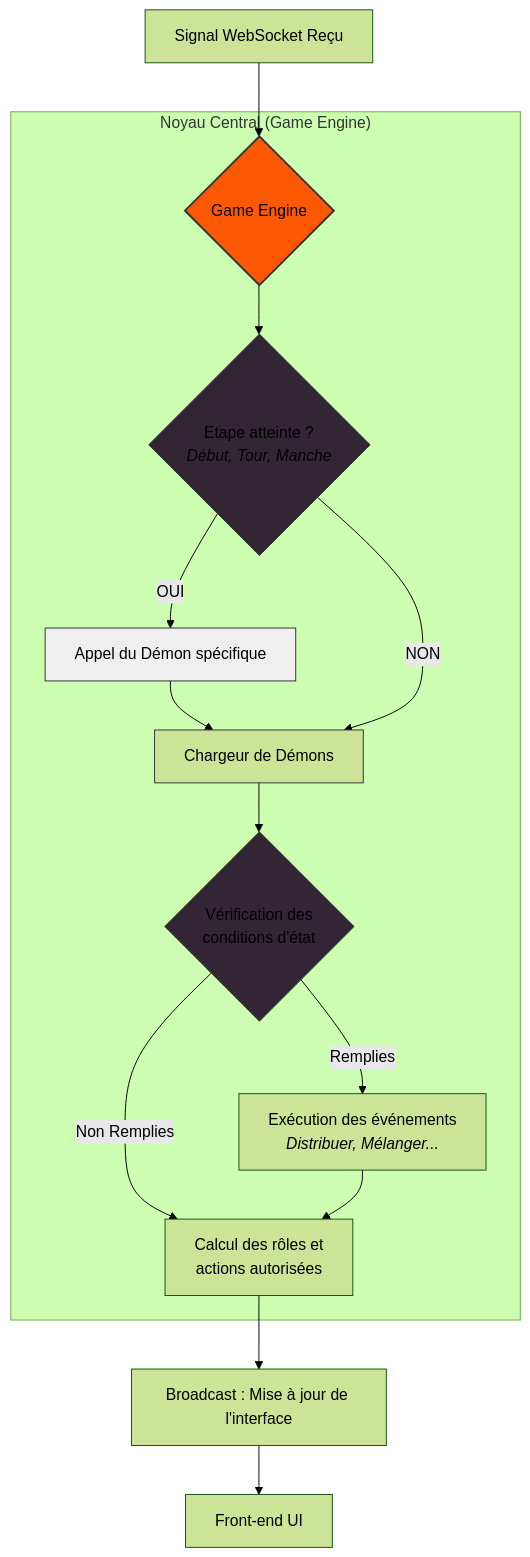
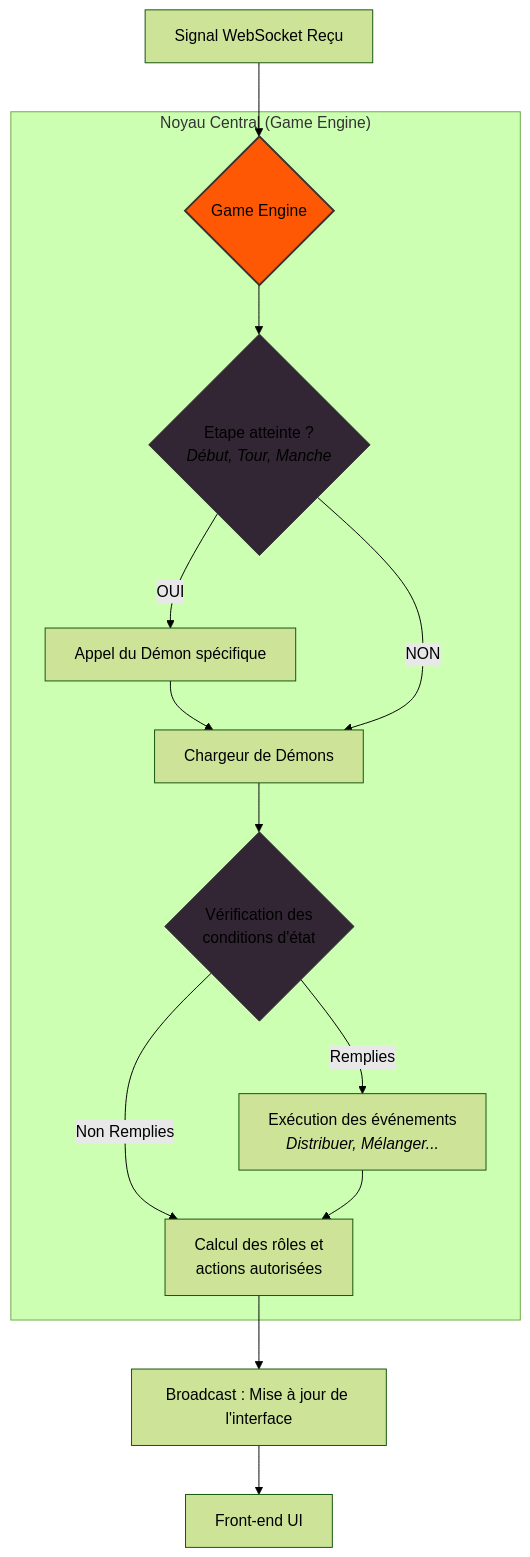
One commit to MeyDetour/CARDGames-websocket changed the second of 2 diagrams in README.md. Above: the diagram before and after it, drawn with Mermaid (forest theme).

Commit message:
Refactor diagram styles in README.md for improved clarity and consistency

````diff
--- a/README.md
+++ b/README.md
@@ -104,34 +104,32 @@
 ```mermaid
 graph TD
     %% Entrée
     WS[Signal WebSocket Reçu] --> GE{Game Engine}
 
     subgraph "Noyau Central (Game Engine)"
         GE --> StepCheck{Etape atteinte ? <br/><i>Début, Tour, Manche</i>}
         
         %% Branche Étapes Spécifiques
         StepCheck -- OUI --> DemonSpecific[Appel du Démon spécifique]
         
         %% Convergence vers le Chargeur
         DemonSpecific --> DemonLoader
         StepCheck -- NON --> DemonLoader[Chargeur de Démons]
         
         %% Logique des Démons d'état
         DemonLoader --> CheckCond{Vérification des <br/>conditions d'état}
         CheckCond -- Remplies --> ExecuteDemon[Exécution des événements <br/><i>Distribuer, Mélanger...</i>]
         CheckCond -- Non Remplies --> PlayerLogic
         
         ExecuteDemon --> PlayerLogic[Calcul des rôles et <br/>actions autorisées]
     end
 
     %% Sortie
     PlayerLogic --> Broadcast[Broadcast : Mise à jour de l'interface]
     Broadcast --> Front[Front-end UI]
 
     %% Styles
-    style GE fill:#ff5804,stroke:#333,stroke-width:2px
-    style DemonLoader fill:##4d4dd5,stroke:#333
+    style GE fill:#ff5804,stroke:#333,stroke-width:2px 
     style StepCheck fill:#322635,stroke:#333
-    style CheckCond fill:#322635,stroke:#333
-    style DemonSpecific fill:#efefef,stroke:#333
+    style CheckCond fill:#322635,stroke:#333 
 ```
````
